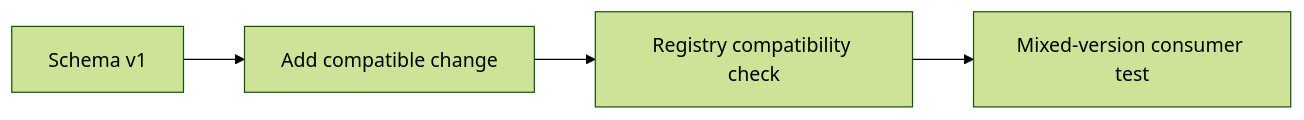
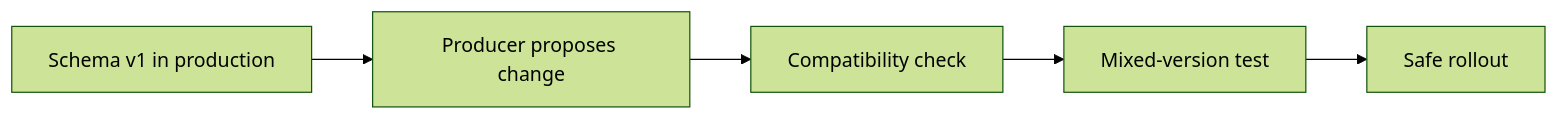
Before and after one commit to sandeepbhardwaj/sandeepbhardwaj.github.io: the diagram in _posts/2026-06-06-kafka-schema-evolution-compatibility-part-1.md, drawn with Mermaid (forest theme). The commit also changed other lines of this file and 113 other files, not shown here.

````diff
--- a/_posts/2026-06-06-kafka-schema-evolution-compatibility-part-1.md
+++ b/_posts/2026-06-06-kafka-schema-evolution-compatibility-part-1.md
@@ -46,6 +41,7 @@
 ```mermaid
 flowchart LR
-    A[Schema v1] --> B[Add compatible change]
-    B --> C[Registry compatibility check]
-    C --> D[Mixed-version consumer test]
+    A[Schema v1 in production] --> B[Producer proposes change]
+    B --> C[Compatibility check]
+    C --> D[Mixed-version test]
+    D --> E[Safe rollout]
 ```
````
